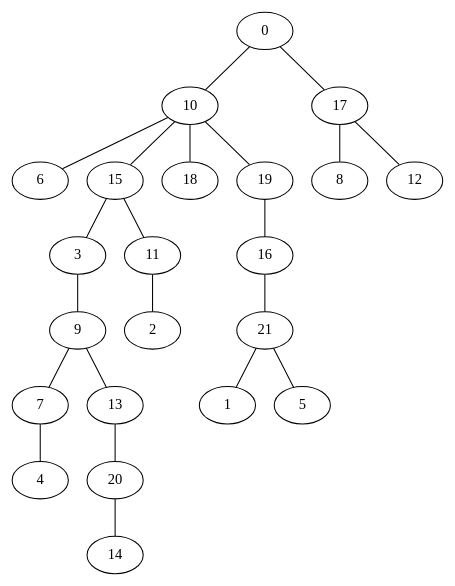
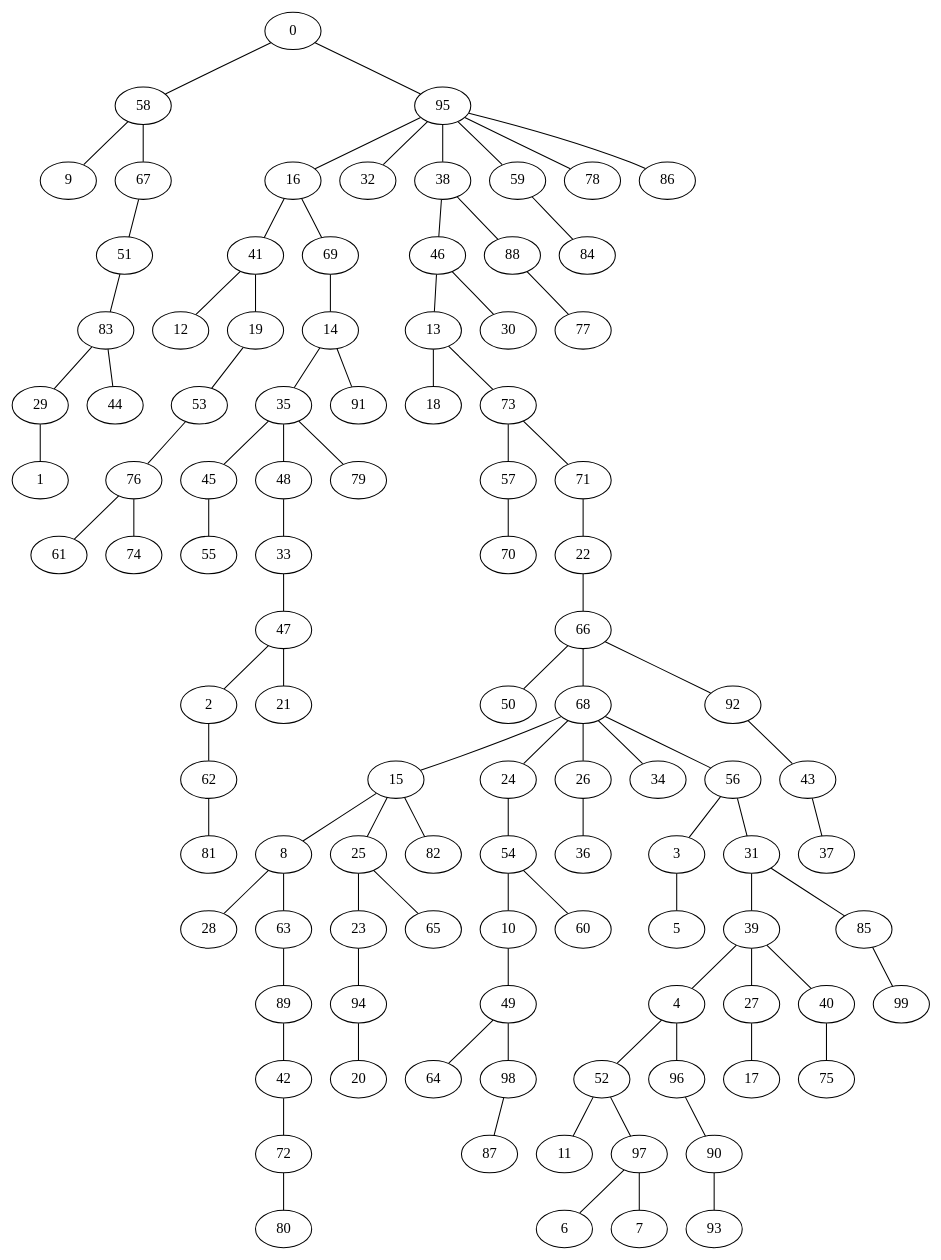
The diagram in pygrapghviz.dot (VillegasGG/greedy-firefighter-problem), drawn with Graphviz before and after one commit. The commit also changed 4 other files, not shown here.

```diff
--- a/pygrapghviz.dot
+++ b/pygrapghviz.dot
@@ -1,23 +1,101 @@
 strict graph "" {
-	0 -- 10;
-	0 -- 17;
-	10 -- 6;
-	10 -- 15;
-	10 -- 18;
-	10 -- 19;
-	17 -- 8;
-	17 -- 12;
-	15 -- 3;
-	15 -- 11;
-	19 -- 16;
-	16 -- 21;
-	21 -- 1;
-	21 -- 5;
-	3 -- 9;
-	11 -- 2;
-	9 -- 7;
-	9 -- 13;
-	7 -- 4;
-	13 -- 20;
-	20 -- 14;
+	0 -- 58;
+	0 -- 95;
+	58 -- 9;
+	58 -- 67;
+	95 -- 16;
+	95 -- 32;
+	95 -- 38;
+	95 -- 59;
+	95 -- 78;
+	95 -- 86;
+	16 -- 41;
+	16 -- 69;
+	38 -- 46;
+	38 -- 88;
+	59 -- 84;
+	46 -- 13;
+	46 -- 30;
+	88 -- 77;
+	13 -- 18;
+	13 -- 73;
+	73 -- 57;
+	73 -- 71;
+	57 -- 70;
+	71 -- 22;
+	22 -- 66;
+	66 -- 50;
+	66 -- 68;
+	66 -- 92;
+	68 -- 15;
+	68 -- 24;
+	68 -- 26;
+	68 -- 34;
+	68 -- 56;
+	92 -- 43;
+	43 -- 37;
+	15 -- 8;
+	15 -- 25;
+	15 -- 82;
+	24 -- 54;
+	26 -- 36;
+	56 -- 3;
+	56 -- 31;
+	3 -- 5;
+	31 -- 39;
+	31 -- 85;
+	39 -- 4;
+	39 -- 27;
+	39 -- 40;
+	85 -- 99;
+	4 -- 52;
+	4 -- 96;
+	27 -- 17;
+	40 -- 75;
+	52 -- 11;
+	52 -- 97;
+	96 -- 90;
+	90 -- 93;
+	97 -- 6;
+	97 -- 7;
+	54 -- 10;
+	54 -- 60;
+	10 -- 49;
+	49 -- 64;
+	49 -- 98;
+	98 -- 87;
+	8 -- 28;
+	8 -- 63;
+	25 -- 23;
+	25 -- 65;
+	23 -- 94;
+	94 -- 20;
+	63 -- 89;
+	89 -- 42;
+	42 -- 72;
+	72 -- 80;
+	41 -- 12;
+	41 -- 19;
+	69 -- 14;
+	14 -- 35;
+	14 -- 91;
+	35 -- 45;
+	35 -- 48;
+	35 -- 79;
+	45 -- 55;
+	48 -- 33;
+	33 -- 47;
+	47 -- 2;
+	47 -- 21;
+	2 -- 62;
+	62 -- 81;
+	19 -- 53;
+	53 -- 76;
+	76 -- 61;
+	76 -- 74;
+	67 -- 51;
+	51 -- 83;
+	83 -- 29;
+	83 -- 44;
+	29 -- 1;
 }
```
